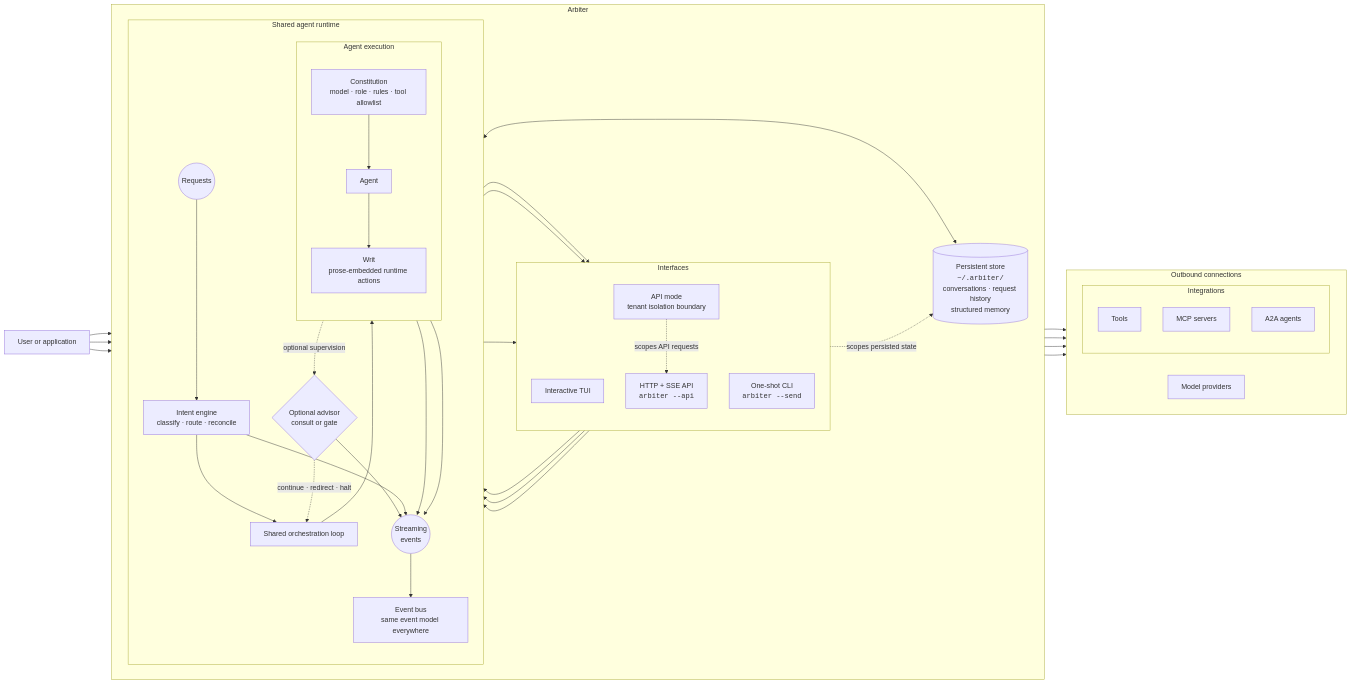
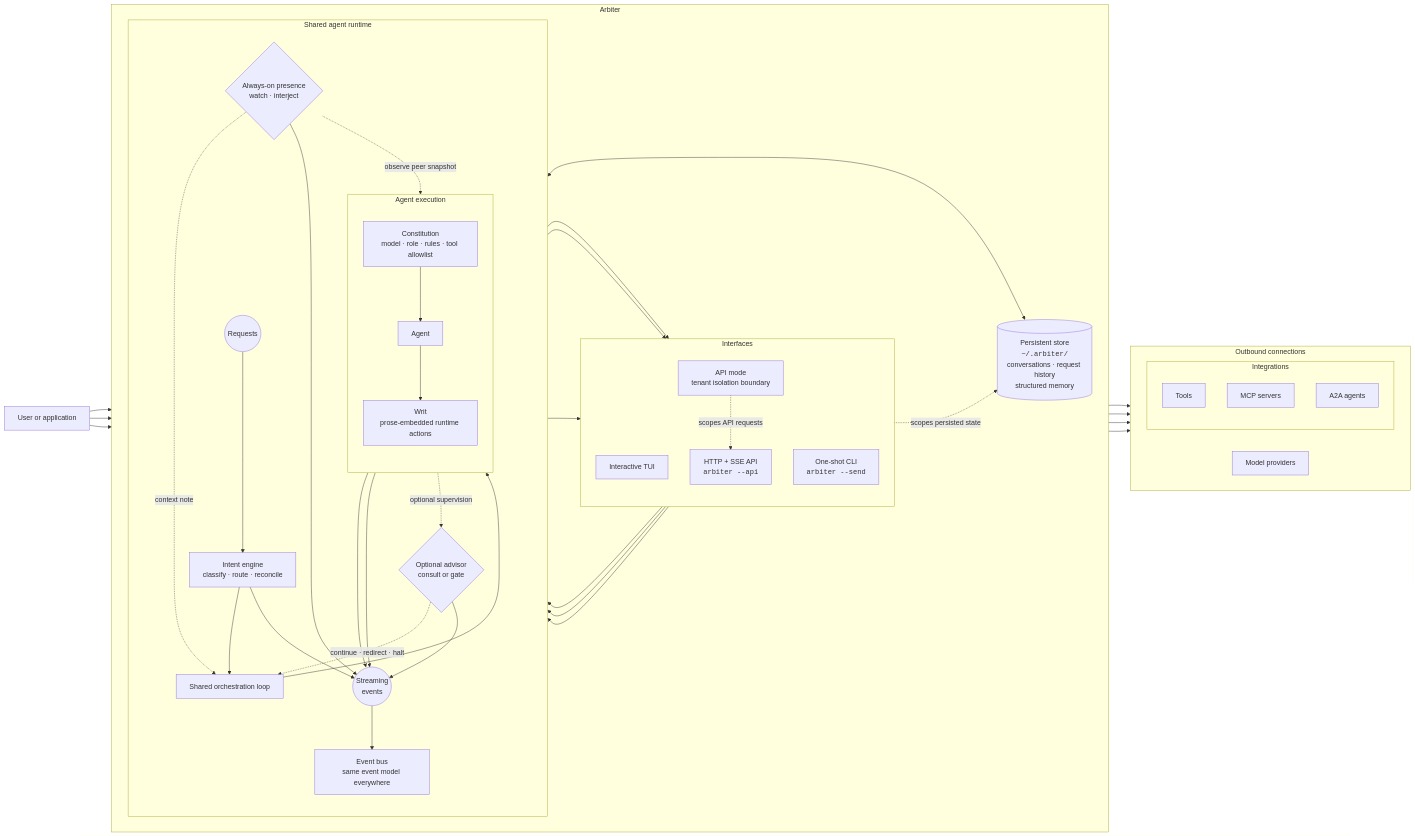
The diagram in docs/concepts/architecture.md (tylerreckart/arbiter), drawn with Mermaid before and after one commit. The commit also changed other lines of this file and 31 other files, not shown here.

Commit message:
Always-on presence: resident agents that watch peers mid-turn (#283)

```diff
--- a/docs/concepts/architecture.md
+++ b/docs/concepts/architecture.md
@@ -46,6 +46,8 @@
 
             ADVISOR{"Optional advisor<br/>consult or gate"}
 
+            PRESENCE{"Always-on presence<br/>watch · interject"}
+
             EVENTS(("Streaming<br/>events"))
 
             EVENT_BUS["Event bus<br/>same event model everywhere"]
@@ -63,6 +65,10 @@
             AGENT -. optional supervision .-> ADVISOR
             ADVISOR -. continue · redirect · halt .-> ORCHESTRATION
             ADVISOR --> EVENTS
+
+            PRESENCE -. observe peer snapshot .-> AGENT
+            PRESENCE -. context note .-> ORCHESTRATION
+            PRESENCE --> EVENTS
             INTENT --> EVENTS
 
             EVENTS --> EVENT_BUS
```
